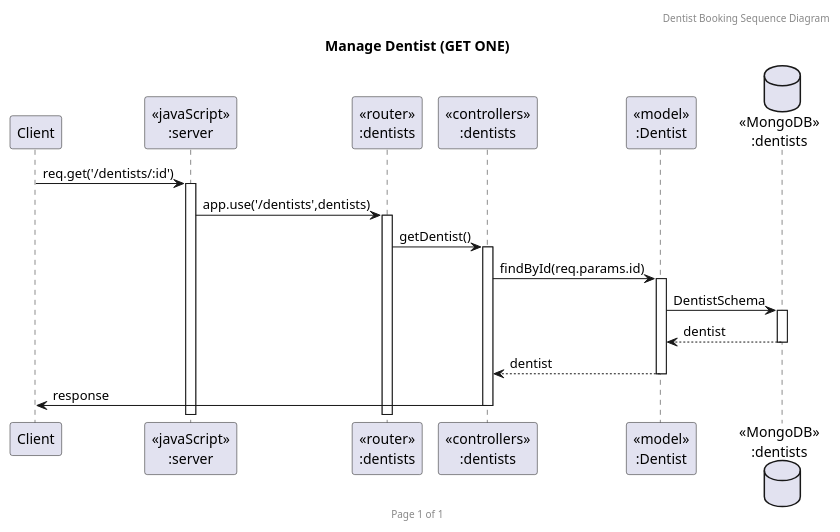
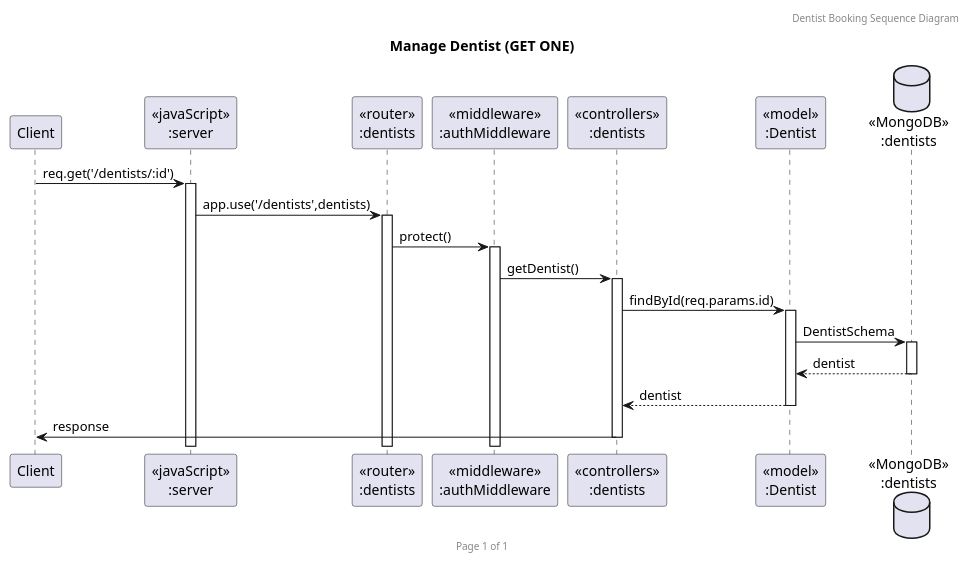
One commit to KoalaMuch/DentistBooking changed the diagram in doc/sequence_diagram/GetDentist.puml. Above: the diagram before and after it, drawn with PlantUML. The commit also changed 10 other files, not shown here.

Commit message:
add middleware in seq diagram

```diff
--- a/doc/sequence_diagram/GetDentist.puml
+++ b/doc/sequence_diagram/GetDentist.puml
@@ -1,23 +1,25 @@
 @startuml Manage Dentist (GET ONE)
 
 header Dentist Booking Sequence Diagram
 footer Page %page% of %lastpage%
 title "Manage Dentist (GET ONE)"
 
 participant "Client" as client
 participant "<<javaScript>>\n:server" as server
 participant "<<router>>\n:dentists" as routerDentists
+participant "<<middleware>>\n:authMiddleware" as authMiddleware
 participant "<<controllers>>\n:dentists" as controllersDentists
 participant "<<model>>\n:Dentist" as modelDentist
 database "<<MongoDB>>\n:dentists" as DentistsDatabase
 
 client->server ++:req.get('/dentists/:id')
 server->routerDentists ++:app.use('/dentists',dentists)
-routerDentists -> controllersDentists ++:getDentist()
+routerDentists->authMiddleware ++:protect()
+authMiddleware -> controllersDentists ++:getDentist()
 controllersDentists->modelDentist ++:findById(req.params.id)
 modelDentist ->DentistsDatabase ++: DentistSchema
 DentistsDatabase --> modelDentist --: dentist
 controllersDentists <-- modelDentist --:dentist
 controllersDentists->client --:response
 
 @enduml
```
